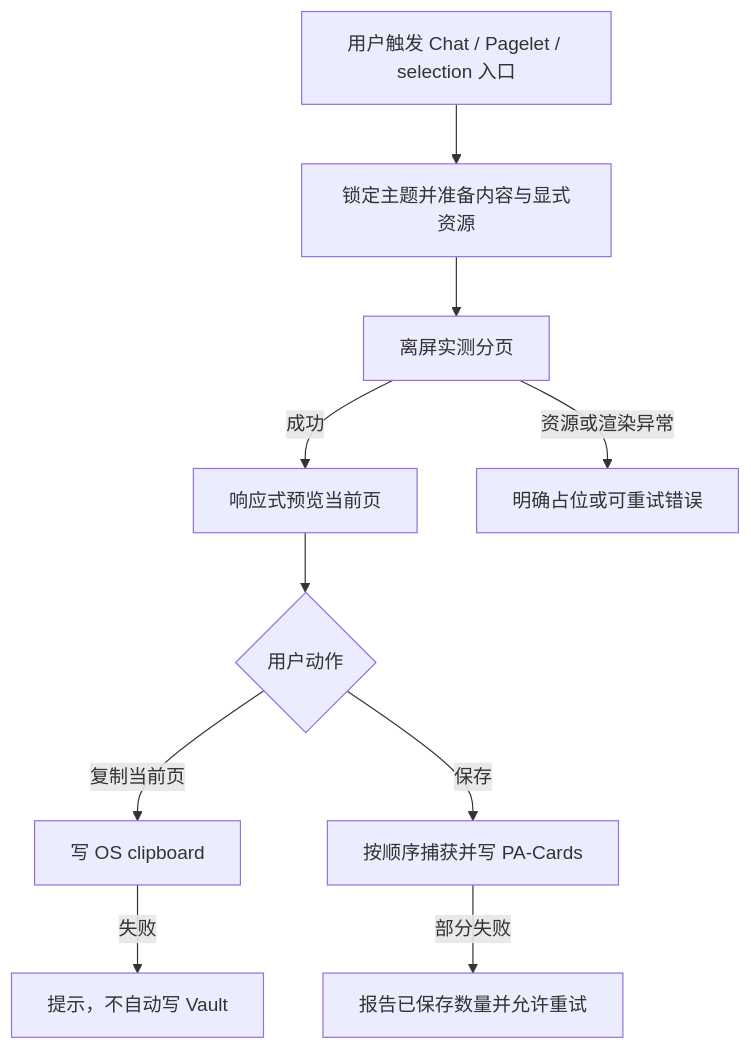
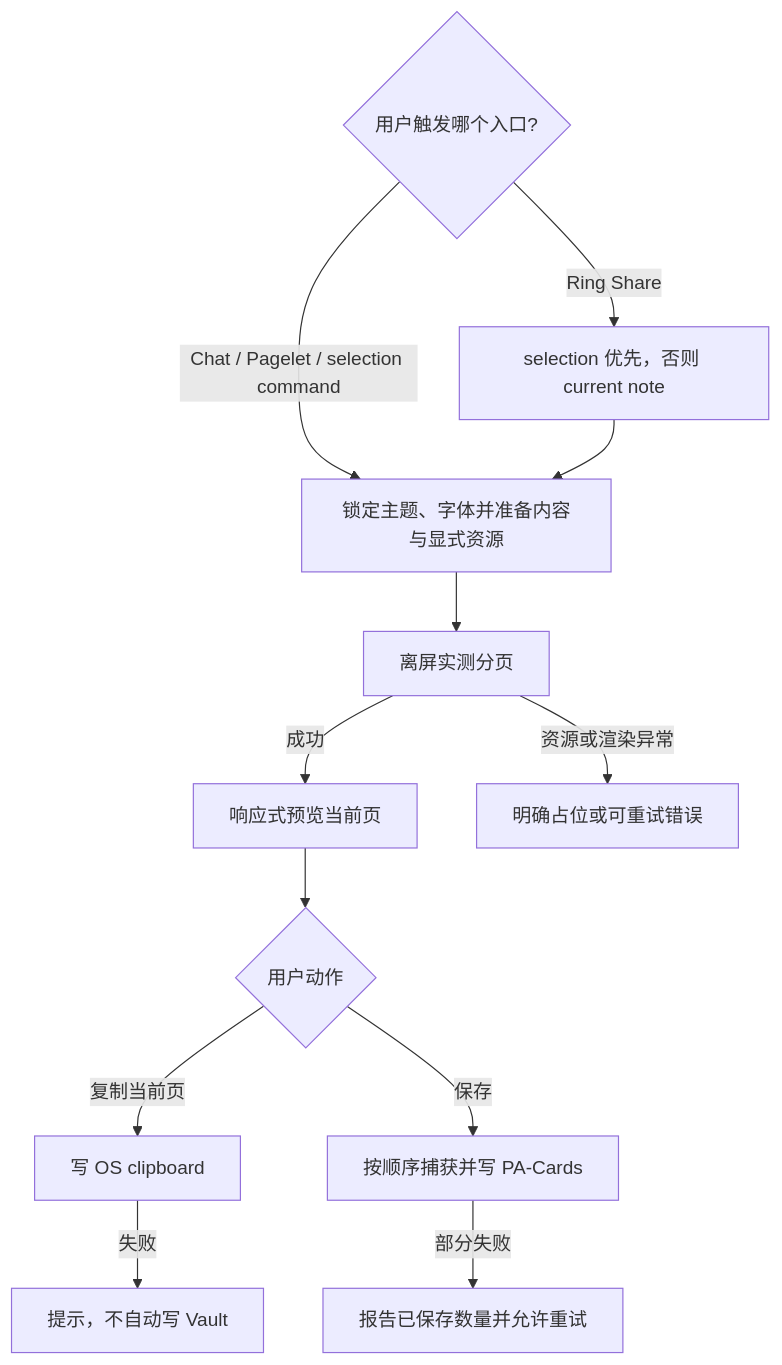
The diagram in docs/product/specs/pa-share-card-product-spec.md (edonyzpc/personal-assistant), drawn with Mermaid before and after one commit. The commit also changed other lines of this file and 14 other files, not shown here.

````diff
--- a/docs/product/specs/pa-share-card-product-spec.md
+++ b/docs/product/specs/pa-share-card-product-spec.md
@@ -85,12 +111,15 @@
 ```mermaid
 flowchart TD
-  A[用户触发 Chat / Pagelet / selection 入口] --> B[锁定主题并准备内容与显式资源]
+  A{用户触发哪个入口?}
+  A -->|Chat / Pagelet / selection command| B[锁定主题、字体并准备内容与显式资源]
+  A -->|Ring Share| A1[selection 优先，否则 current note]
+  A1 --> B
   B --> C[离屏实测分页]
   C -->|成功| D[响应式预览当前页]
   C -->|资源或渲染异常| E[明确占位或可重试错误]
   D --> F{用户动作}
   F -->|复制当前页| G[写 OS clipboard]
   F -->|保存| H[按顺序捕获并写 PA-Cards]
   G -->|失败| I[提示，不自动写 Vault]
   H -->|部分失败| J[报告已保存数量并允许重试]
 ```
````
